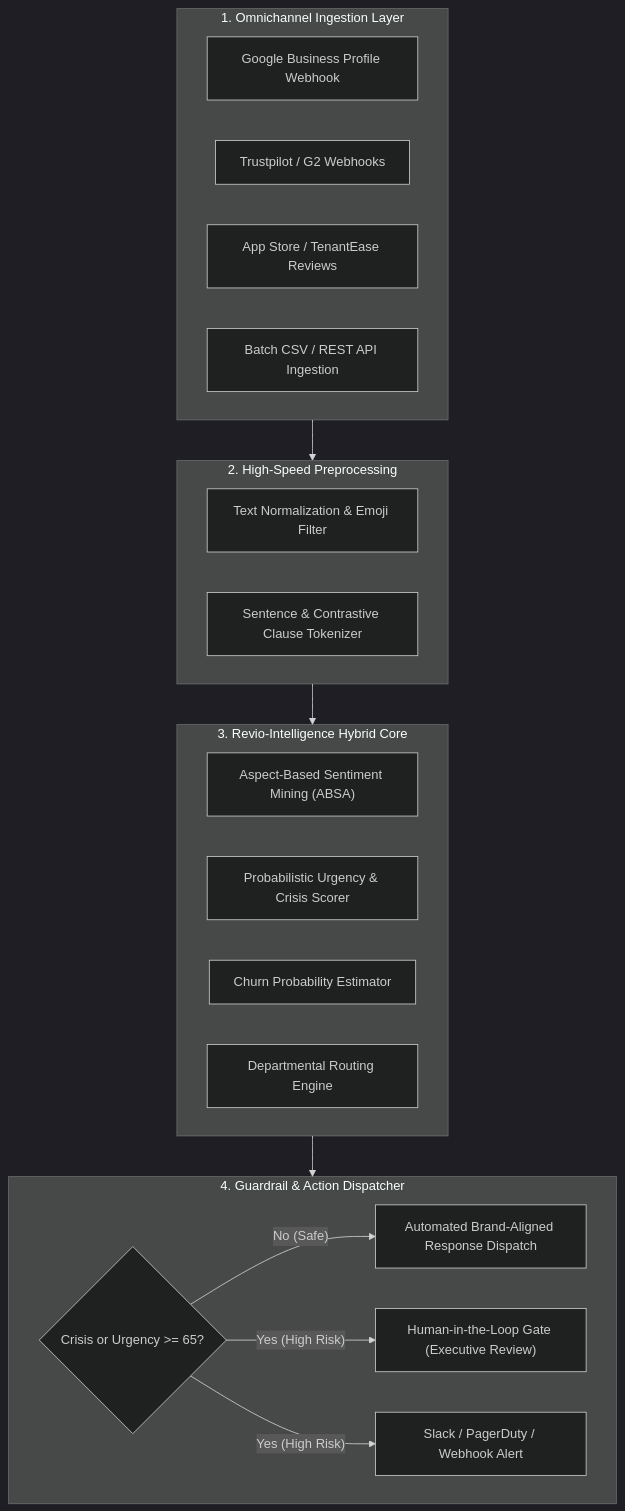
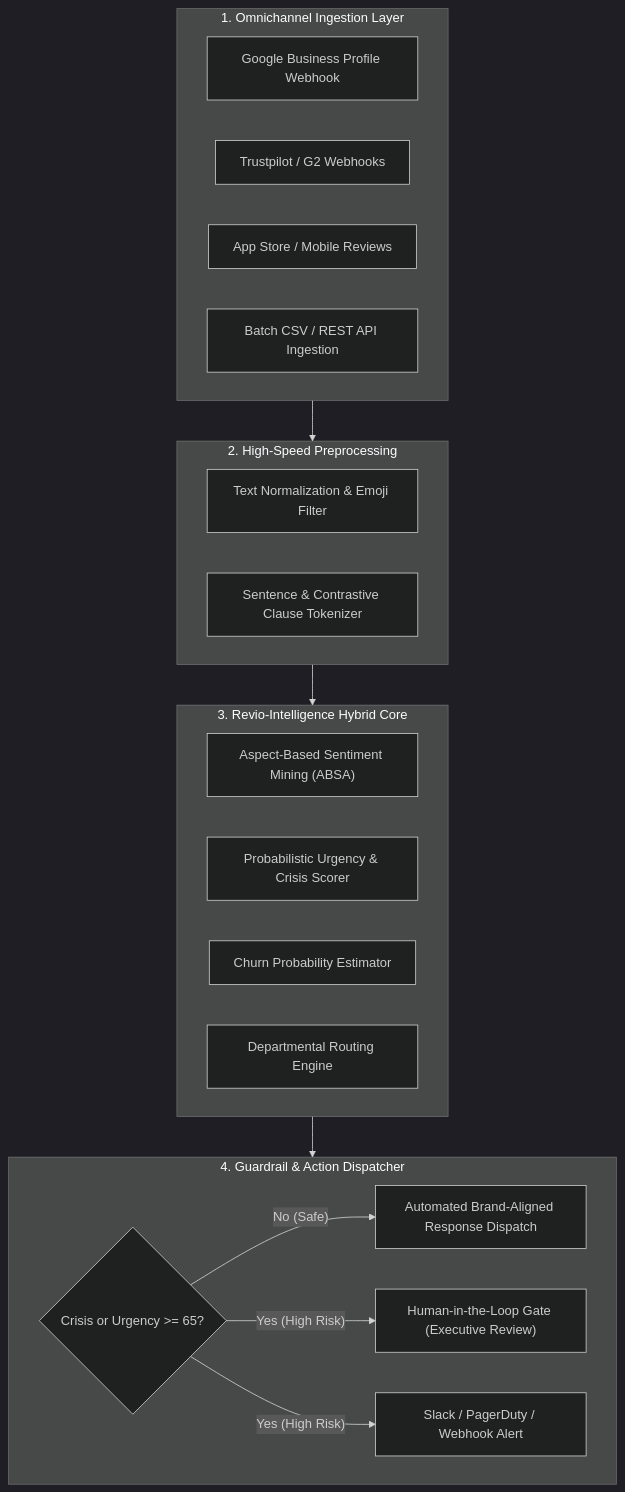
One commit to pritt18/cynbit-ai changed the first of 2 diagrams in reports/02_TECHNICAL_APPROACH_REPORT.md. Above: the diagram before and after it, drawn with Mermaid (dark theme). The commit also changed other lines of this file and 12 other files, not shown here.

````diff
--- a/reports/02_TECHNICAL_APPROACH_REPORT.md
+++ b/reports/02_TECHNICAL_APPROACH_REPORT.md
@@ -17,35 +16,35 @@
 ```mermaid
 flowchart TD
     subgraph INGESTION["1. Omnichannel Ingestion Layer"]
         A1["Google Business Profile Webhook"]
         A2["Trustpilot / G2 Webhooks"]
-        A3["App Store / TenantEase Reviews"]
+        A3["App Store / Mobile Reviews"]
         A4["Batch CSV / REST API Ingestion"]
     end
 
     subgraph PREPROCESS["2. High-Speed Preprocessing"]
         B1["Text Normalization & Emoji Filter"]
         B2["Sentence & Contrastive Clause Tokenizer"]
     end
 
     subgraph ENGINE["3. Revio-Intelligence Hybrid Core"]
         C1["Aspect-Based Sentiment Mining (ABSA)"]
         C2["Probabilistic Urgency & Crisis Scorer"]
         C3["Churn Probability Estimator"]
         C4["Departmental Routing Engine"]
     end
 
     subgraph DISPATCH["4. Guardrail & Action Dispatcher"]
         D1{"Crisis or Urgency >= 65?"}
         D2["Automated Brand-Aligned Response Dispatch"]
         D3["Human-in-the-Loop Gate (Executive Review)"]
         D4["Slack / PagerDuty / Webhook Alert"]
     end
 
     INGESTION --> PREPROCESS
     PREPROCESS --> ENGINE
     ENGINE --> DISPATCH
     D1 -- "No (Safe)" --> D2
     D1 -- "Yes (High Risk)" --> D3
     D1 -- "Yes (High Risk)" --> D4
 ```
````
